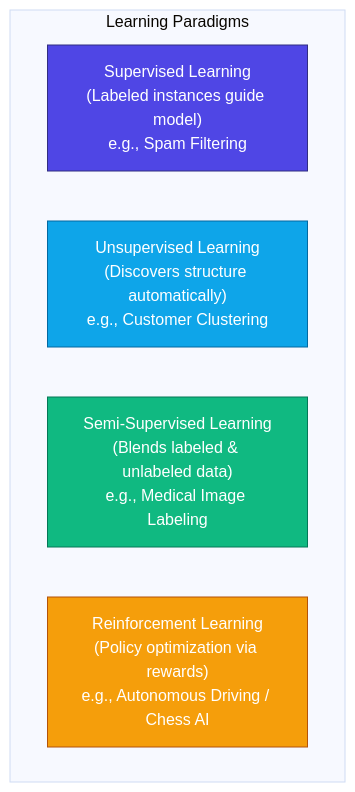
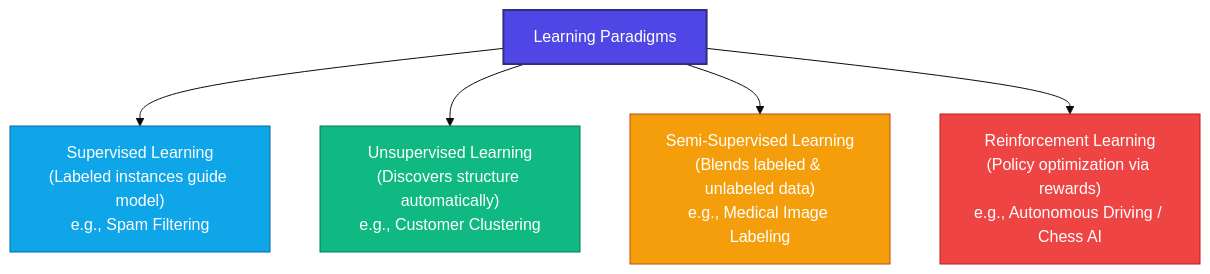
Before and after one commit to vdonthireddy/ai-course: the third of 12 diagrams in README.md, drawn with Mermaid (base theme).

Commit message:
Fix Mermaid rendering error by restructuring edge-less subgraph into connected flowchart

````diff
--- a/README.md
+++ b/README.md
@@ -190,14 +190,13 @@
 ```mermaid
 flowchart TD
-    subgraph Paradigms [Learning Paradigms]
-        direction LR
-        A["Supervised Learning<br/>(Labeled instances guide model)<br/>e.g., Spam Filtering"]
-        B["Unsupervised Learning<br/>(Discovers structure automatically)<br/>e.g., Customer Clustering"]
-        C["Semi-Supervised Learning<br/>(Blends labeled & unlabeled data)<br/>e.g., Medical Image Labeling"]
-        D["Reinforcement Learning<br/>(Policy optimization via rewards)<br/>e.g., Autonomous Driving / Chess AI"]
-    end
-    style A fill:#4F46E5,stroke:#312E81,stroke-width:1px,color:#FFF
-    style B fill:#0EA5E9,stroke:#0369A1,stroke-width:1px,color:#FFF
-    style C fill:#10B981,stroke:#047857,stroke-width:1px,color:#FFF
-    style D fill:#F59E0B,stroke:#B45309,stroke-width:1px,color:#FFF
+    P[Learning Paradigms] --> A["Supervised Learning<br/>(Labeled instances guide model)<br/>e.g., Spam Filtering"]
+    P --> B["Unsupervised Learning<br/>(Discovers structure automatically)<br/>e.g., Customer Clustering"]
+    P --> C["Semi-Supervised Learning<br/>(Blends labeled & unlabeled data)<br/>e.g., Medical Image Labeling"]
+    P --> D["Reinforcement Learning<br/>(Policy optimization via rewards)<br/>e.g., Autonomous Driving / Chess AI"]
+
+    style P fill:#4F46E5,stroke:#312E81,stroke-width:2px,color:#FFF
+    style A fill:#0EA5E9,stroke:#0369A1,stroke-width:1px,color:#FFF
+    style B fill:#10B981,stroke:#047857,stroke-width:1px,color:#FFF
+    style C fill:#F59E0B,stroke:#B45309,stroke-width:1px,color:#FFF
+    style D fill:#EF4444,stroke:#B91C1C,stroke-width:1px,color:#FFF
 ```
````
